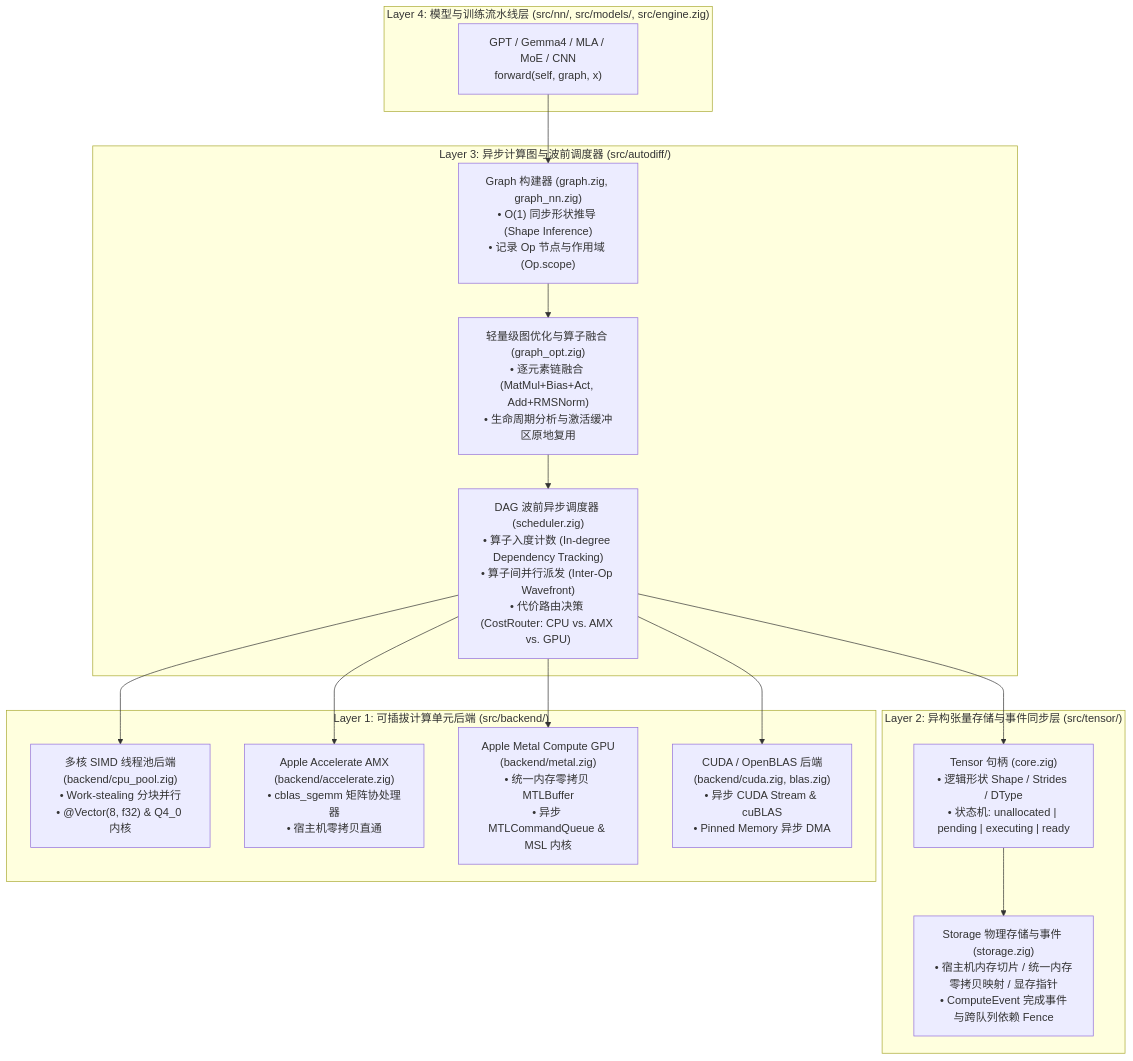
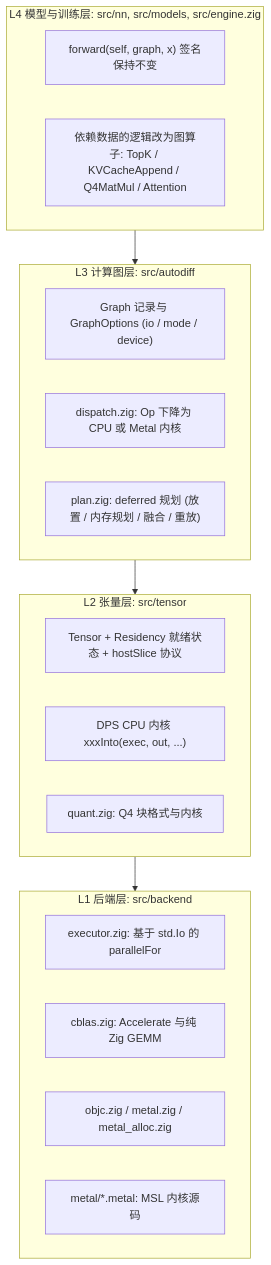
One commit to chen-gz/znn changed the first of 3 diagrams in plan/ASYNC_OFFLOAD_DESIGN.md. Above: the diagram before and after it, drawn with Mermaid. The commit also changed other lines of this file and 6 other files, not shown here.

````diff
--- a/plan/ASYNC_OFFLOAD_DESIGN.md
+++ b/plan/ASYNC_OFFLOAD_DESIGN.md
@@ -26,34 +66,26 @@
 ```mermaid
 flowchart TD
-    subgraph L4["Layer 4: 模型与训练流水线层 (src/nn/, src/models/, src/engine.zig)"]
-        Models["GPT / Gemma4 / MLA / MoE / CNN\nforward(self, graph, x)"]
+    subgraph L4["L4 模型与训练层: src/nn, src/models, src/engine.zig"]
+        M1["forward(self, graph, x) 签名保持不变"]
+        M2["依赖数据的逻辑改为图算子: TopK / KVCacheAppend / Q4MatMul / Attention"]
     end
-
-    subgraph L3["Layer 3: 异步计算图与波前调度器 (src/autodiff/)"]
-        GraphAPI["Graph 构建器 (graph.zig, graph_nn.zig)\n• O(1) 同步形状推导 (Shape Inference)\n• 记录 Op 节点与作用域 (Op.scope)"]
-        Fusion["轻量级图优化与算子融合 (graph_opt.zig)\n• 逐元素链融合 (MatMul+Bias+Act, Add+RMSNorm)\n• 生命周期分析与激活缓冲区原地复用"]
-        Scheduler["DAG 波前异步调度器 (scheduler.zig)\n• 算子入度计数 (In-degree Dependency Tracking)\n• 算子间并行派发 (Inter-Op Wavefront)\n• 代价路由决策 (CostRouter: CPU vs. AMX vs. GPU)"]
+    subgraph L3["L3 计算图层: src/autodiff"]
+        G1["Graph 记录与 GraphOptions (io / mode / device)"]
+        G2["dispatch.zig: Op 下降为 CPU 或 Metal 内核"]
+        G3["plan.zig: deferred 规划 (放置 / 内存规划 / 融合 / 重放)"]
     end
-
-    subgraph L2["Layer 2: 异构张量存储与事件同步层 (src/tensor/)"]
-        TensorHandle["Tensor 句柄 (core.zig)\n• 逻辑形状 Shape / Strides / DType\n• 状态机: unallocated | pending | executing | ready"]
-        Storage["Storage 物理存储与事件 (storage.zig)\n• 宿主机内存切片 / 统一内存零拷贝映射 / 显存指针\n• ComputeEvent 完成事件与跨队列依赖 Fence"]
+    subgraph L2["L2 张量层: src/tensor"]
+        T1["Tensor + Residency 就绪状态 + hostSlice 协议"]
+        T2["DPS CPU 内核 xxxInto(exec, out, ...)"]
+        T3["quant.zig: Q4 块格式与内核"]
     end
-
-    subgraph L1["Layer 1: 可插拔计算单元后端 (src/backend/)"]
-        CPUPool["多核 SIMD 线程池后端\n(backend/cpu_pool.zig)\n• Work-stealing 分块并行\n• @Vector(8, f32) & Q4_0 内核"]
-        AMX["Apple Accelerate AMX\n(backend/accelerate.zig)\n• cblas_sgemm 矩阵协处理器\n• 宿主机零拷贝直通"]
-        Metal["Apple Metal Compute GPU\n(backend/metal.zig)\n• 统一内存零拷贝 MTLBuffer\n• 异步 MTLCommandQueue & MSL 内核"]
-        CUDA["CUDA / OpenBLAS 后端\n(backend/cuda.zig, blas.zig)\n• 异步 CUDA Stream & cuBLAS\n• Pinned Memory 异步 DMA"]
+    subgraph L1["L1 后端层: src/backend"]
+        B1["executor.zig: 基于 std.Io 的 parallelFor"]
+        B2["cblas.zig: Accelerate 与纯 Zig GEMM"]
+        B3["objc.zig / metal.zig / metal_alloc.zig"]
+        B4["metal/*.metal: MSL 内核源码"]
     end
-
-    Models --> GraphAPI
-    GraphAPI --> Fusion
-    Fusion --> Scheduler
-    Scheduler --> TensorHandle
-    TensorHandle --> Storage
-    Scheduler --> CPUPool
-    Scheduler --> AMX
-    Scheduler --> Metal
-    Scheduler --> CUDA
+    L4 --> L3
+    L3 --> L2
+    L2 --> L1
 ```
````
